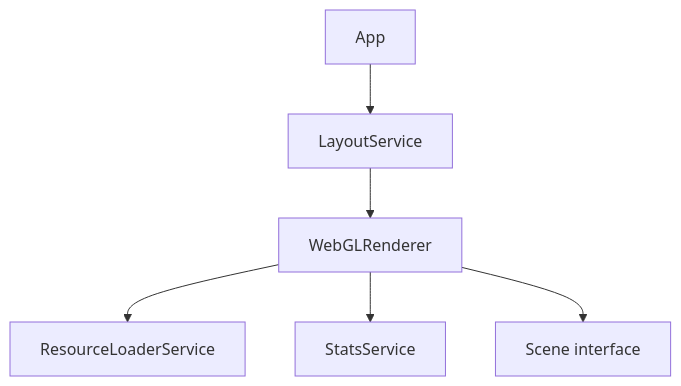
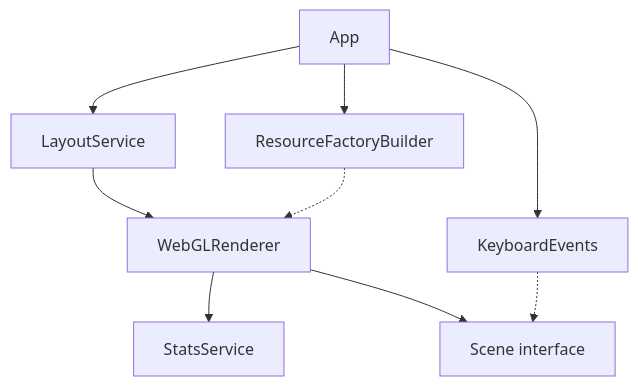
Before and after one commit to kannbaker/rpthree: the first of 2 diagrams in docs/client-arch.md, drawn with Mermaid. The commit also changed other lines of this file and 22 other files, not shown here.

````diff
--- a/docs/client-arch.md
+++ b/docs/client-arch.md
@@ -3,8 +3,11 @@
 ```mermaid
 flowchart TD
     App["App"] --> LayoutService["LayoutService"]
+    App --> KeyboardEvents["KeyboardEvents"]
+    App --> ResourceFactoryBuilder["ResourceFactoryBuilder"]
     LayoutService --> WebGLRenderer["WebGLRenderer"]
-    WebGLRenderer --> ResourceLoaderService["ResourceLoaderService"]
     WebGLRenderer --> StatsService["StatsService"]
     WebGLRenderer --> Scene["Scene interface"]
+    KeyboardEvents -.-> Scene
+    ResourceFactoryBuilder -.-> WebGLRenderer
 ```
````
